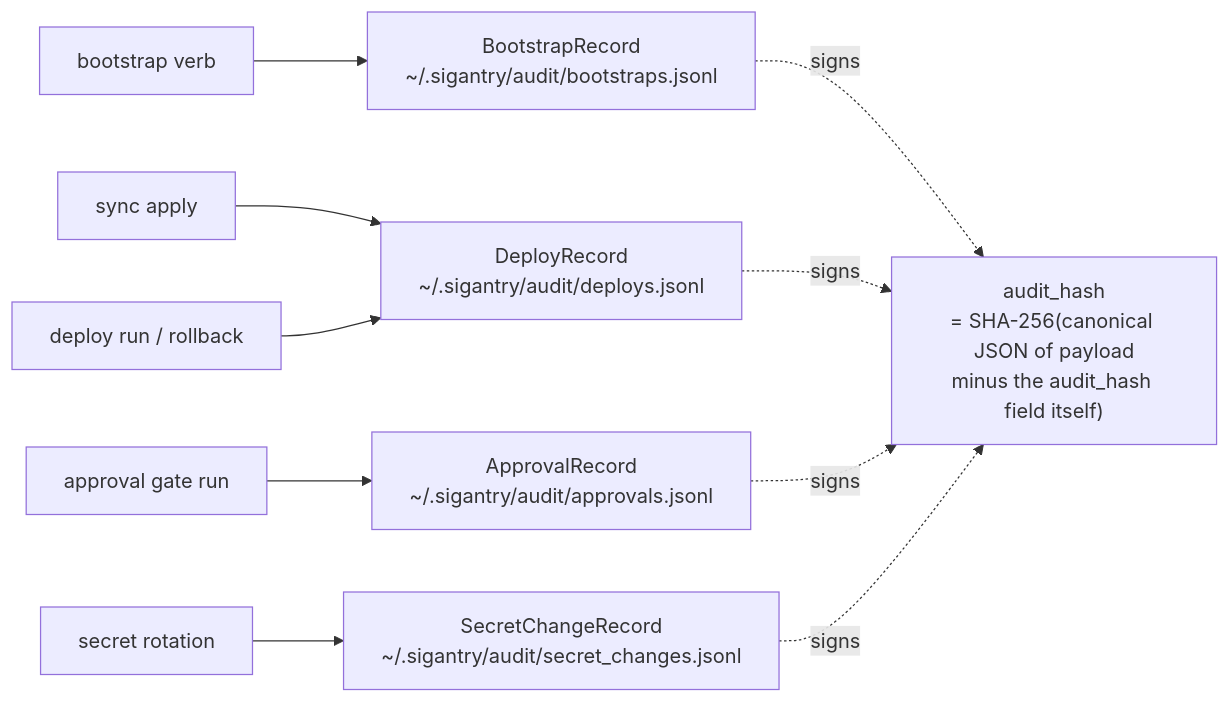
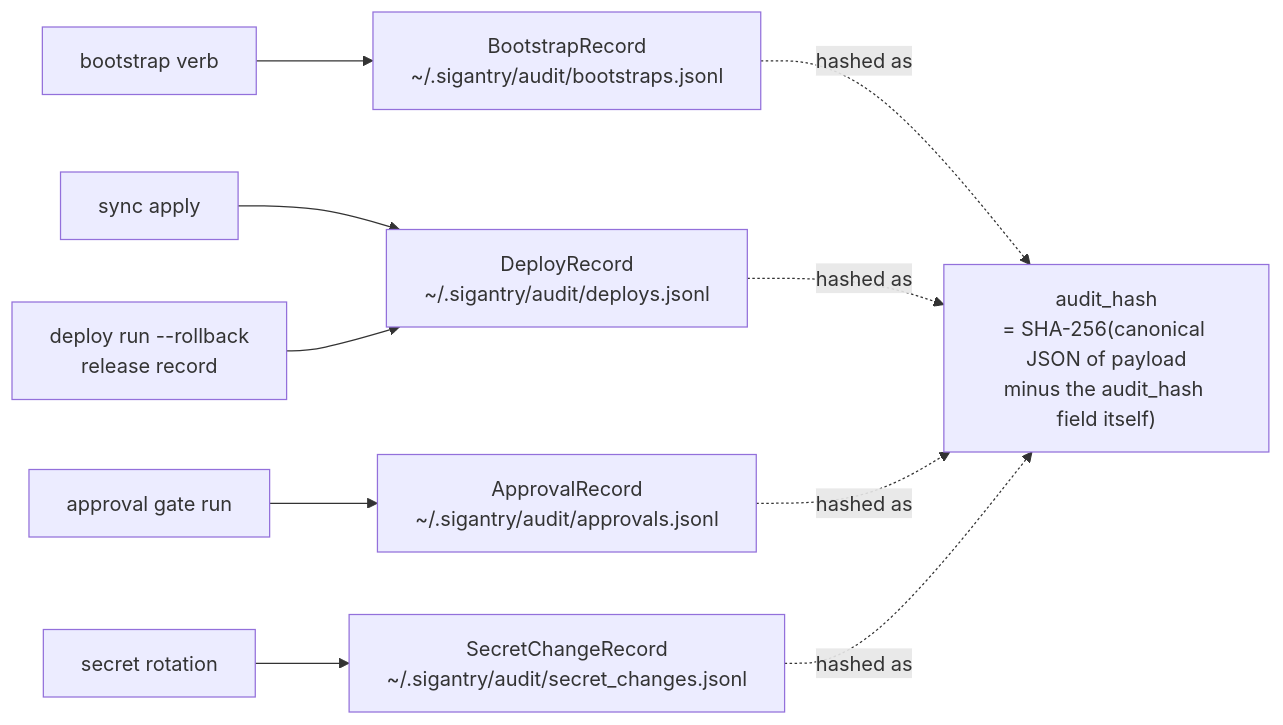
Before and after one commit to Bralabee/sigantry: the ninth of 11 diagrams in docs/USER-GUIDE.md, drawn with Mermaid. The commit also changed other lines of this file and 50 other files, not shown here.

````diff
--- a/docs/USER-GUIDE.md
+++ b/docs/USER-GUIDE.md
@@ -921,12 +947,12 @@
 ```mermaid
 graph LR
     BV["bootstrap verb"] --> BR["BootstrapRecord<br/>~/.sigantry/audit/bootstraps.jsonl"]
     SV["sync apply"] --> DR["DeployRecord<br/>~/.sigantry/audit/deploys.jsonl"]
-    DV["deploy run / rollback"] --> DR
+    DV["deploy run --rollback<br/>release record"] --> DR
     AV["approval gate run"] --> AR["ApprovalRecord<br/>~/.sigantry/audit/approvals.jsonl"]
     SC["secret rotation"] --> SR["SecretChangeRecord<br/>~/.sigantry/audit/secret_changes.jsonl"]
-    BR -.signs.-> Hash["audit_hash<br/>= SHA-256(canonical JSON of payload<br/>minus the audit_hash field itself)"]
-    DR -.signs.-> Hash
-    AR -.signs.-> Hash
-    SR -.signs.-> Hash
+    BR -.hashed as.-> Hash["audit_hash<br/>= SHA-256(canonical JSON of payload<br/>minus the audit_hash field itself)"]
+    DR -.hashed as.-> Hash
+    AR -.hashed as.-> Hash
+    SR -.hashed as.-> Hash
 ```
````
